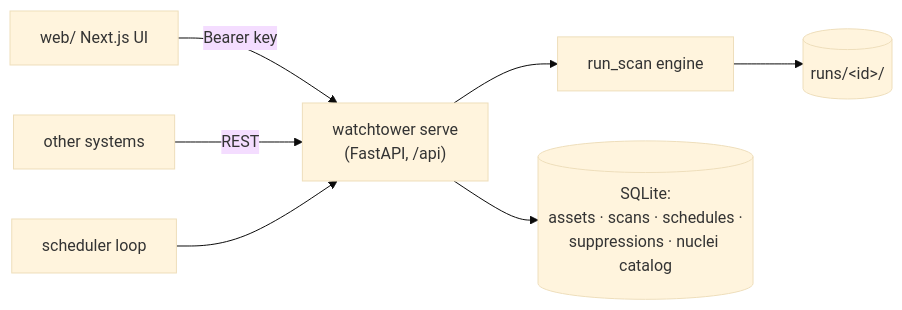
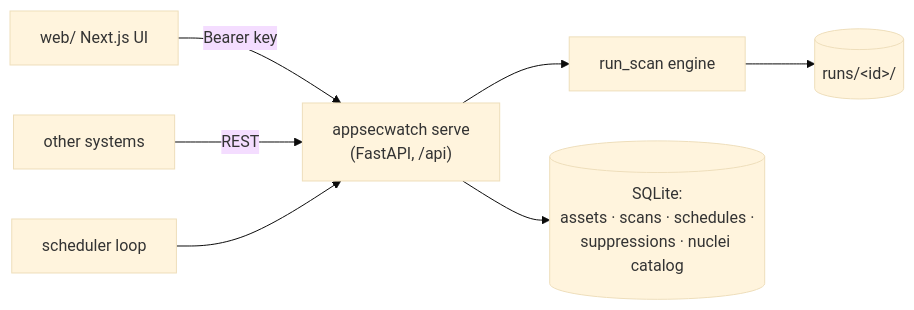
The eighth of 8 diagrams in DOCS.md (ktappsec/AppSecWatch), drawn with Mermaid (base theme) before and after one commit. The commit also changed other lines of this file and 238 other files, not shown here.

````diff
--- a/DOCS.md
+++ b/DOCS.md
@@ -587,9 +587,9 @@
 ```mermaid
 flowchart LR
     UI[web/ Next.js UI] -->|Bearer key| API
     EXT[other systems] -->|REST| API
-    API["watchtower serve<br/>(FastAPI, /api)"] --> ENGINE[run_scan engine]
+    API["appsecwatch serve<br/>(FastAPI, /api)"] --> ENGINE[run_scan engine]
     ENGINE --> RUNS[(runs/&lt;id&gt;/)]
     API --> DB[("SQLite:<br/>assets · scans · schedules ·<br/>suppressions · nuclei catalog")]
     SCHED[scheduler loop] --> API
 ```
````
